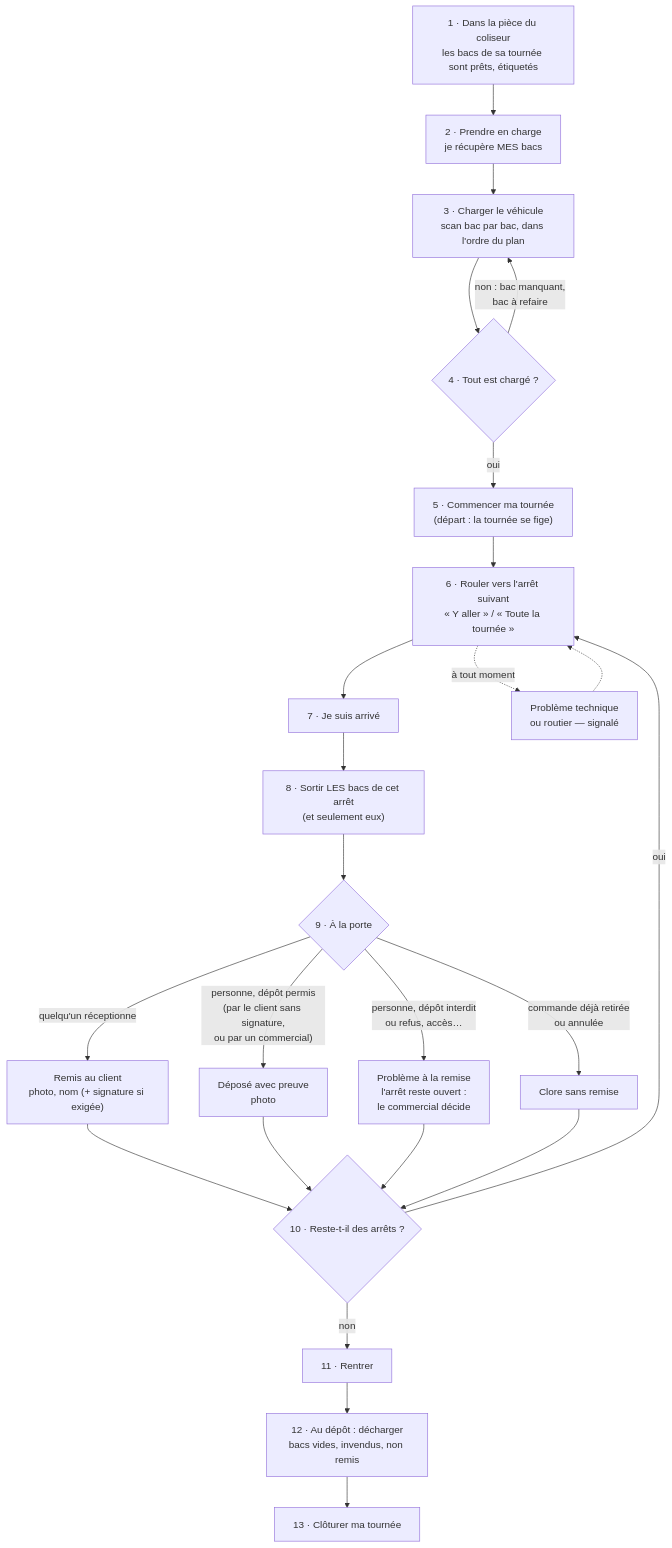
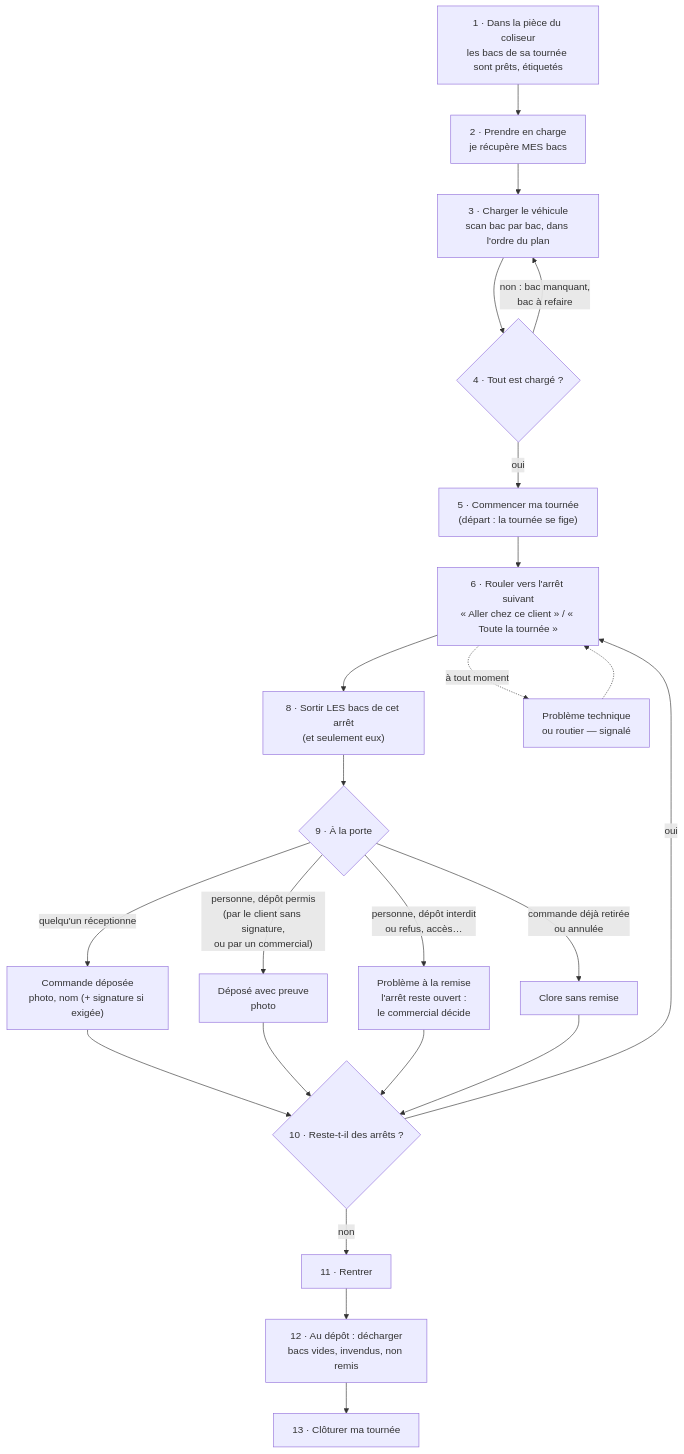
The diagram in documentation/livraisons/livreur/parcours-du-livreur.md (hugoheynard/lfd), drawn with Mermaid before and after one commit. The commit also changed other lines of this file and 49 other files, not shown here.

First line of the commit message:
feat(livraison): « Je suis arrivé » retiré, « Aller chez ce client », « Commande déposée »

````diff
--- a/documentation/livraisons/livreur/parcours-du-livreur.md
+++ b/documentation/livraisons/livreur/parcours-du-livreur.md
@@ -22,26 +22,25 @@
 ```mermaid
 flowchart TD
   A["1 · Dans la pièce du coliseur<br/>les bacs de sa tournée sont prêts, étiquetés"] --> B["2 · Prendre en charge<br/>je récupère MES bacs"]
   B --> C["3 · Charger le véhicule<br/>scan bac par bac, dans l'ordre du plan"]
   C --> D{"4 · Tout est chargé ?"}
   D -- "non : bac manquant,<br/>bac à refaire" --> C
   D -- oui --> E["5 · Commencer ma tournée<br/>(départ : la tournée se fige)"]
-  E --> F["6 · Rouler vers l'arrêt suivant<br/>« Y aller » / « Toute la tournée »"]
-  F --> G["7 · Je suis arrivé"]
-  G --> H["8 · Sortir LES bacs de cet arrêt<br/>(et seulement eux)"]
+  E --> F["6 · Rouler vers l'arrêt suivant<br/>« Aller chez ce client » / « Toute la tournée »"]
+  F --> H["8 · Sortir LES bacs de cet arrêt<br/>(et seulement eux)"]
   H --> I{"9 · À la porte"}
-  I -- "quelqu'un réceptionne" --> J["Remis au client<br/>photo, nom (+ signature si exigée)"]
+  I -- "quelqu'un réceptionne" --> J["Commande déposée<br/>photo, nom (+ signature si exigée)"]
   I -- "personne, dépôt permis<br/>(par le client sans signature,<br/>ou par un commercial)" --> K["Déposé avec preuve<br/>photo"]
   I -- "personne, dépôt interdit<br/>ou refus, accès…" --> L["Problème à la remise<br/>l'arrêt reste ouvert :<br/>le commercial décide"]
   I -- "commande déjà retirée<br/>ou annulée" --> M["Clore sans remise"]
   J --> N{"10 · Reste-t-il des arrêts ?"}
   K --> N
   L --> N
   M --> N
   N -- oui --> F
   N -- non --> O["11 · Rentrer"]
   F -. "à tout moment" .-> P["Problème technique<br/>ou routier — signalé"]
   P -.-> F
   O --> Q["12 · Au dépôt : décharger<br/>bacs vides, invendus, non remis"]
   Q --> R["13 · Clôturer ma tournée"]
 ```
````
